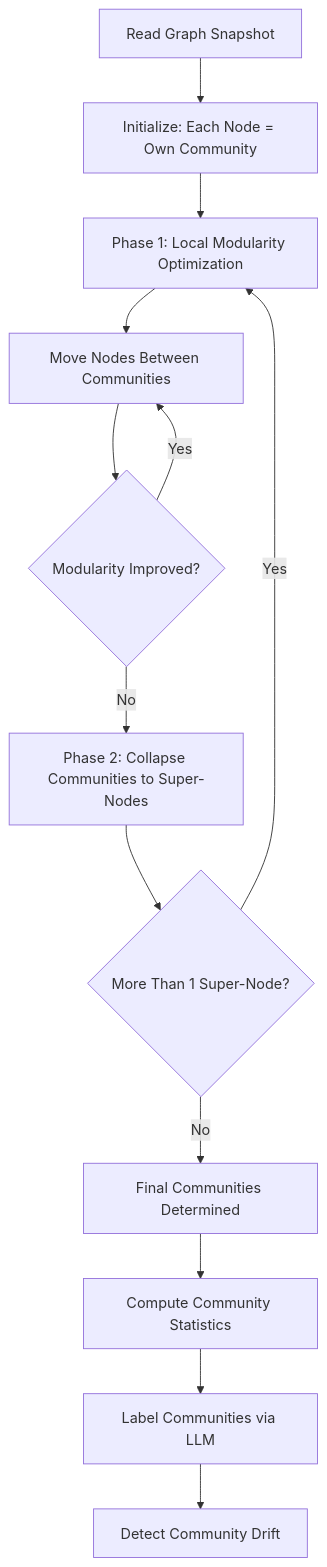
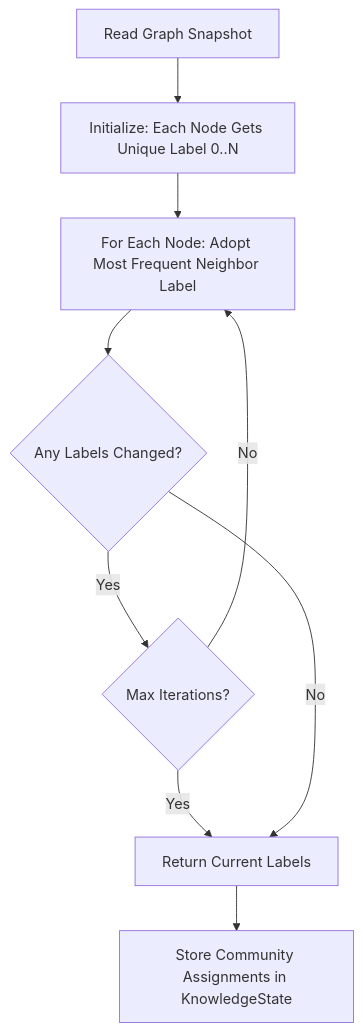
Before and after one commit to FrancisVarga/stupid-db: the second of 2 diagrams in docs/compute/algorithms/graph-algorithms.md, drawn with Mermaid. The commit also changed other lines of this file and 58 other files, not shown here.

````diff
--- a/docs/compute/algorithms/graph-algorithms.md
+++ b/docs/compute/algorithms/graph-algorithms.md
@@ -92,15 +98,11 @@
 ```mermaid
 flowchart TD
-    A[Read Graph Snapshot] --> B[Initialize: Each Node = Own Community]
-    B --> C[Phase 1: Local Modularity Optimization]
-    C --> D[Move Nodes Between Communities]
-    D --> E{Modularity Improved?}
-    E -->|Yes| D
-    E -->|No| F[Phase 2: Collapse Communities to Super-Nodes]
-    F --> G{More Than 1 Super-Node?}
-    G -->|Yes| C
-    G -->|No| H[Final Communities Determined]
-    H --> I[Compute Community Statistics]
-    I --> J[Label Communities via LLM]
-    J --> K[Detect Community Drift]
+    A[Read Graph Snapshot] --> B[Initialize: Each Node Gets Unique Label 0..N]
+    B --> C[For Each Node: Adopt Most Frequent Neighbor Label]
+    C --> D{Any Labels Changed?}
+    D -->|Yes| E{Max Iterations?}
+    E -->|No| C
+    E -->|Yes| F[Return Current Labels]
+    D -->|No| F
+    F --> G[Store Community Assignments in KnowledgeState]
 ```
````
